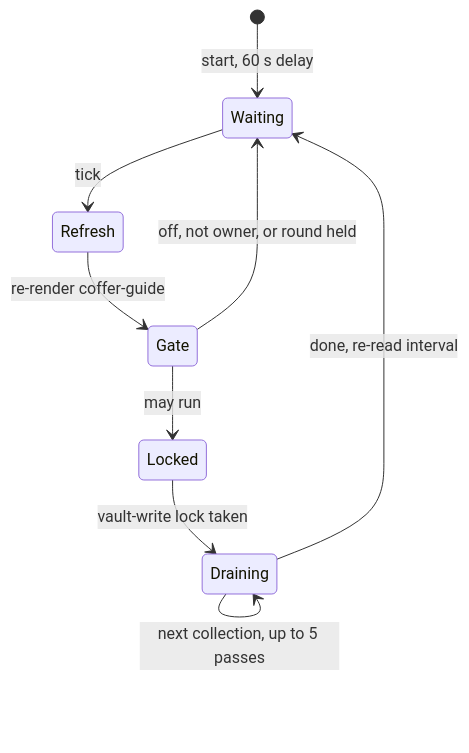
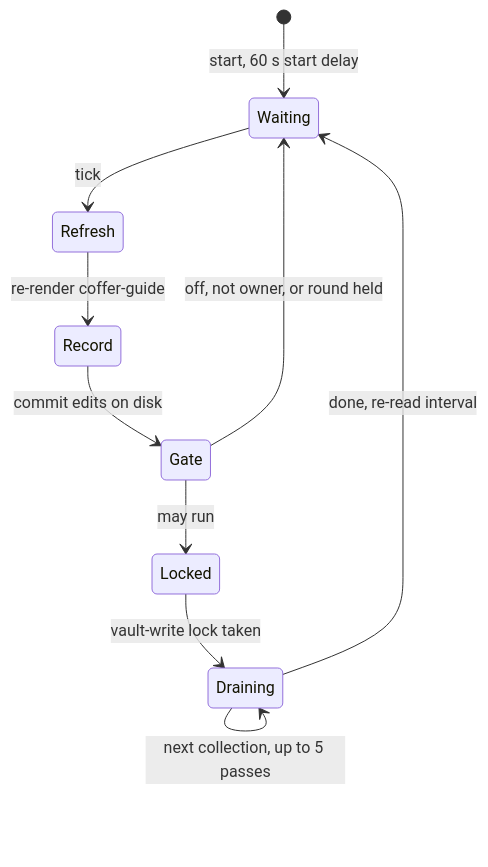
The third of 3 diagrams in docs-site/architecture/knowledge.md (wyx-sg/Coffer), drawn with Mermaid before and after one commit. The commit also changed other lines of this file and 4384 other files, not shown here.

````diff
--- a/docs-site/architecture/knowledge.md
+++ b/docs-site/architecture/knowledge.md
@@ -267,11 +279,12 @@
 ```mermaid
 stateDiagram-v2
-  [*] --> Waiting: start, 60 s delay
+  [*] --> Waiting: start, 60 s start delay
   Waiting --> Refresh: tick
-  Refresh --> Gate: re-render coffer-guide
+  Refresh --> Record: re-render coffer-guide
+  Record --> Gate: commit edits on disk
   Gate --> Waiting: off, not owner, or round held
   Gate --> Locked: may run
   Locked --> Draining: vault-write lock taken
   Draining --> Draining: next collection, up to 5 passes
   Draining --> Waiting: done, re-read interval
 ```
````
